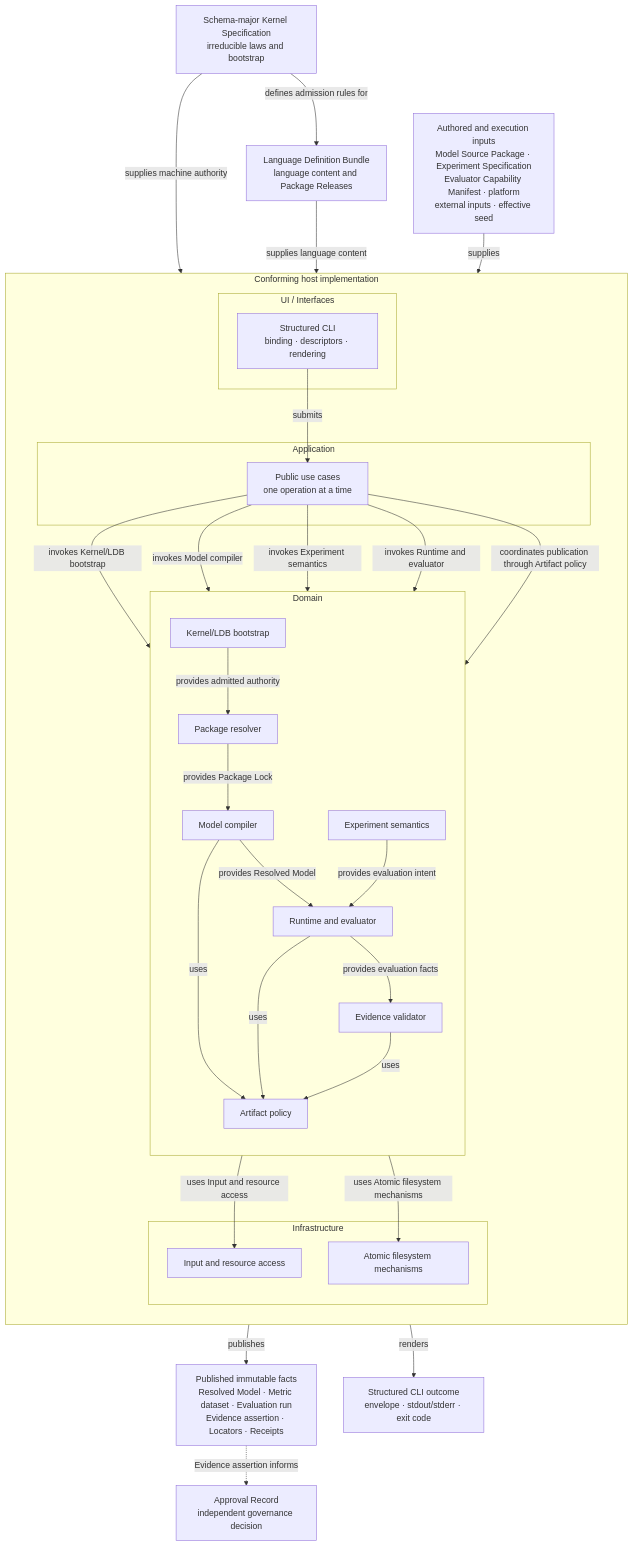
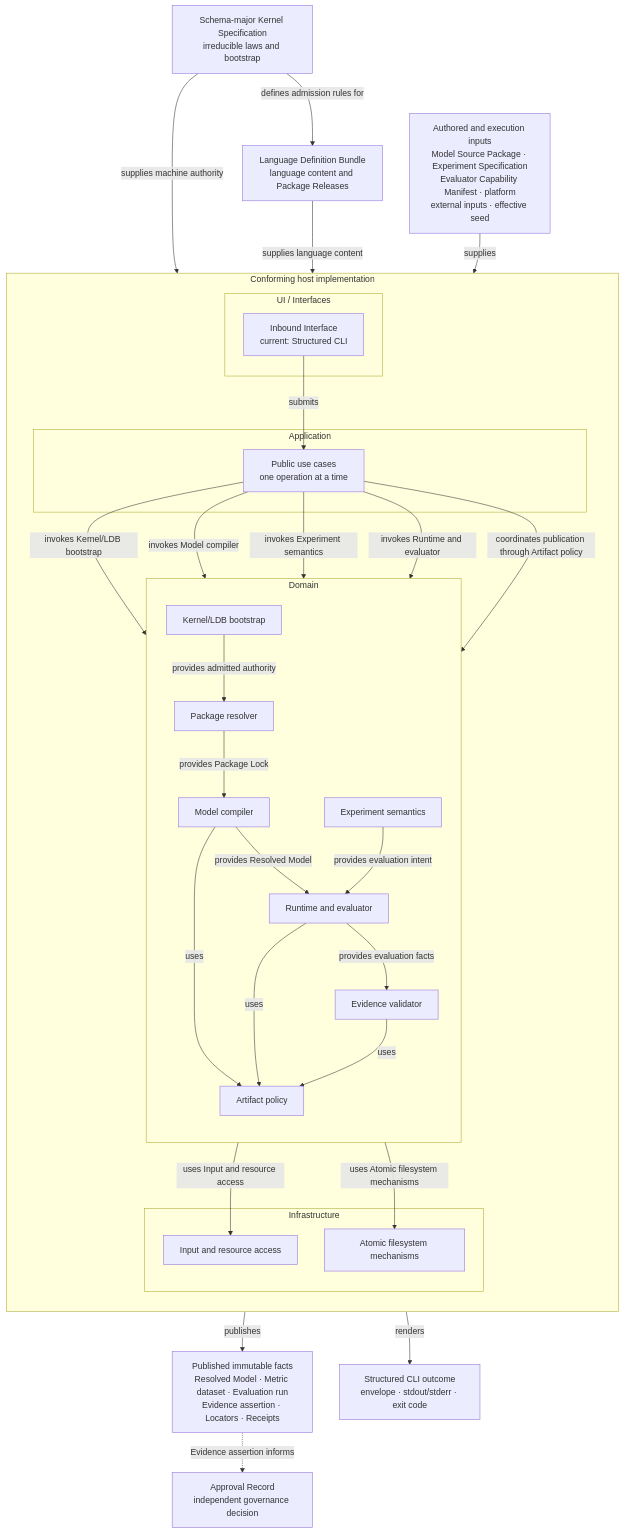
One commit to aigengame/godot-agent changed the first of 3 diagrams in libs/gda-balancing/docs/ARCHITECTURE.md. Above: the diagram before and after it, drawn with Mermaid. The commit also changed other lines of this file and 3 other files, not shown here.

Commit message:
docs(gda-balancing): define local HTTP execution architecture

````diff
--- a/libs/gda-balancing/docs/ARCHITECTURE.md
+++ b/libs/gda-balancing/docs/ARCHITECTURE.md
@@ -151,61 +152,61 @@
 ```mermaid
 flowchart TB
     K["Schema-major Kernel Specification<br/>irreducible laws and bootstrap"]
     L["Language Definition Bundle<br/>language content and Package Releases"]
     H["Authored and execution inputs<br/>Model Source Package · Experiment Specification<br/>Evaluator Capability Manifest · platform<br/>external inputs · effective seed"]
 
     K -->|"defines admission rules for"| L
 
     subgraph HOST["Conforming host implementation"]
         direction TB
         subgraph UI["UI / Interfaces"]
-            U["Structured CLI<br/>binding · descriptors · rendering"]
+            U["Inbound Interface<br/>current: Structured CLI"]
         end
         subgraph APP["Application"]
             A["Public use cases<br/>one operation at a time"]
         end
         subgraph DOM["Domain"]
             direction TB
             B["Kernel/LDB bootstrap"]
             P["Package resolver"]
             C["Model compiler"]
             X["Experiment semantics"]
             R["Runtime and evaluator"]
             V["Evidence validator"]
             Q["Artifact policy"]
 
             B -->|"provides admitted authority"| P
             P -->|"provides Package Lock"| C
             C -->|"provides Resolved Model"| R
             X -->|"provides evaluation intent"| R
             R -->|"provides evaluation facts"| V
             C -->|uses| Q
             R -->|uses| Q
             V -->|uses| Q
         end
         subgraph INF["Infrastructure"]
             I["Input and resource access"]
             F["Atomic filesystem mechanisms"]
         end
 
         U -->|submits| A
         A -->|"invokes Kernel/LDB bootstrap"| B
         A -->|"invokes Model compiler"| C
         A -->|"invokes Experiment semantics"| X
         A -->|"invokes Runtime and evaluator"| R
         A -->|"coordinates publication through Artifact policy"| Q
         B -->|"uses Input and resource access"| I
         Q -->|"uses Atomic filesystem mechanisms"| F
     end
 
     O["Published immutable facts<br/>Resolved Model · Metric dataset · Evaluation run<br/>Evidence assertion · Locators · Receipts"]
     S["Structured CLI outcome<br/>envelope · stdout/stderr · exit code"]
     G["Approval Record<br/>independent governance decision"]
 
     K -->|"supplies machine authority"| B
     L -->|"supplies language content"| B
     H -->|supplies| U
     Q -->|publishes| O
     U -->|renders| S
     O -. "Evidence assertion informs" .-> G
 ```
````
